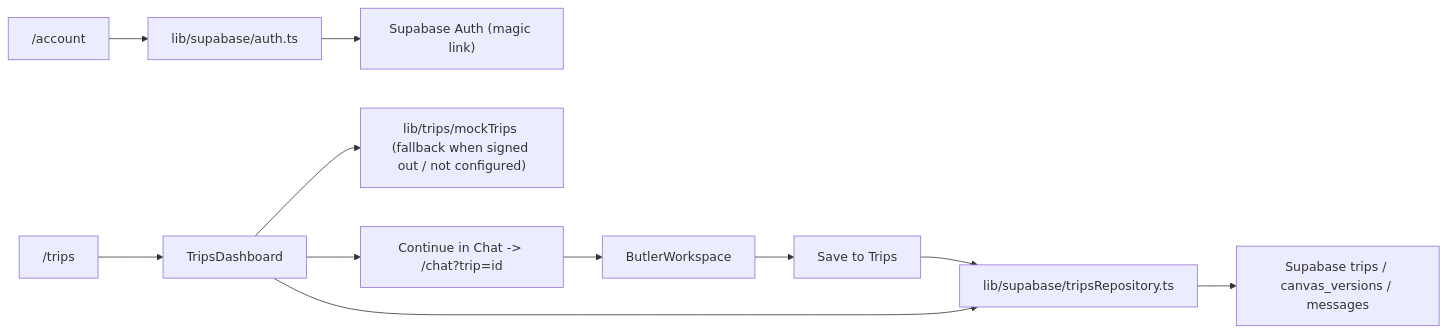
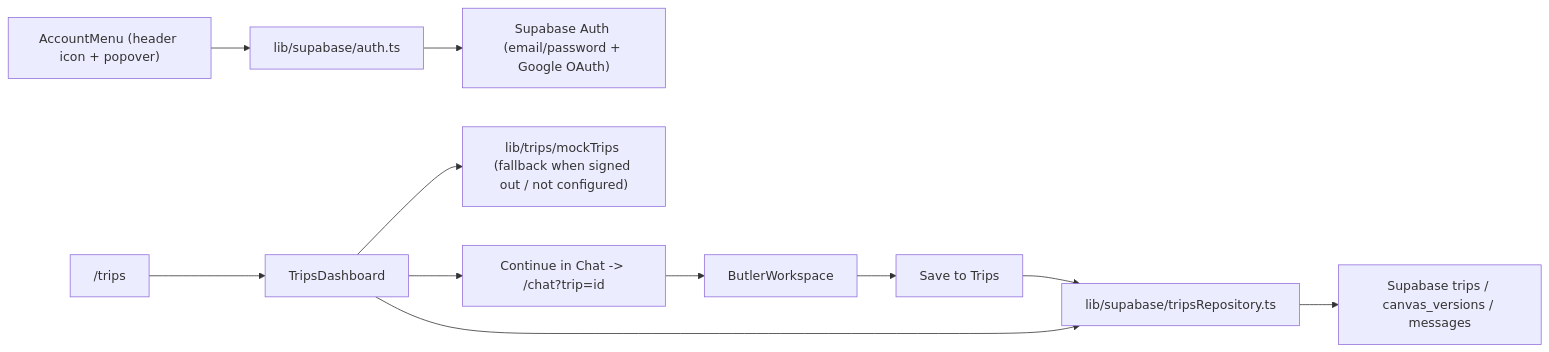
One commit to JTCAO515/VP-Codex-Final changed the second of 3 diagrams in DESIGN.md. Above: the diagram before and after it, drawn with Mermaid. The commit also changed other lines of this file and 19 other files, not shown here.

First line of the commit message:
v0.1.16: Account header icon + popover with email/password and Google login (task 2.5)

````diff
--- a/DESIGN.md
+++ b/DESIGN.md
@@ -24,13 +24,13 @@
 ```mermaid
 flowchart LR
-    AccountPage["/account"] --> AuthLib["lib/supabase/auth.ts"]
-    AuthLib --> SupabaseAuth["Supabase Auth (magic link)"]
+    AccountMenu["AccountMenu (header icon + popover)"] --> AuthLib["lib/supabase/auth.ts"]
+    AuthLib --> SupabaseAuth["Supabase Auth (email/password + Google OAuth)"]
     ButlerWorkspace["ButlerWorkspace"] --> SaveAction["Save to Trips"]
     SaveAction --> TripsRepo["lib/supabase/tripsRepository.ts"]
     TripsRepo --> SupabaseDb["Supabase trips / canvas_versions / messages"]
     TripsPage["/trips"] --> TripsDashboard["TripsDashboard"]
     TripsDashboard --> TripsRepo
     TripsDashboard --> MockTrips["lib/trips/mockTrips (fallback when signed out / not configured)"]
     TripsDashboard --> ChatLink["Continue in Chat -> /chat?trip=id"]
     ChatLink --> ButlerWorkspace
 ```
````
